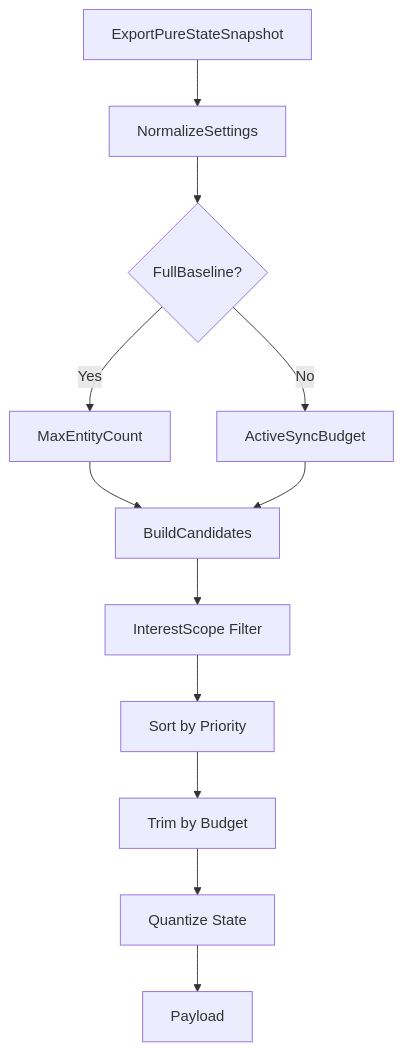
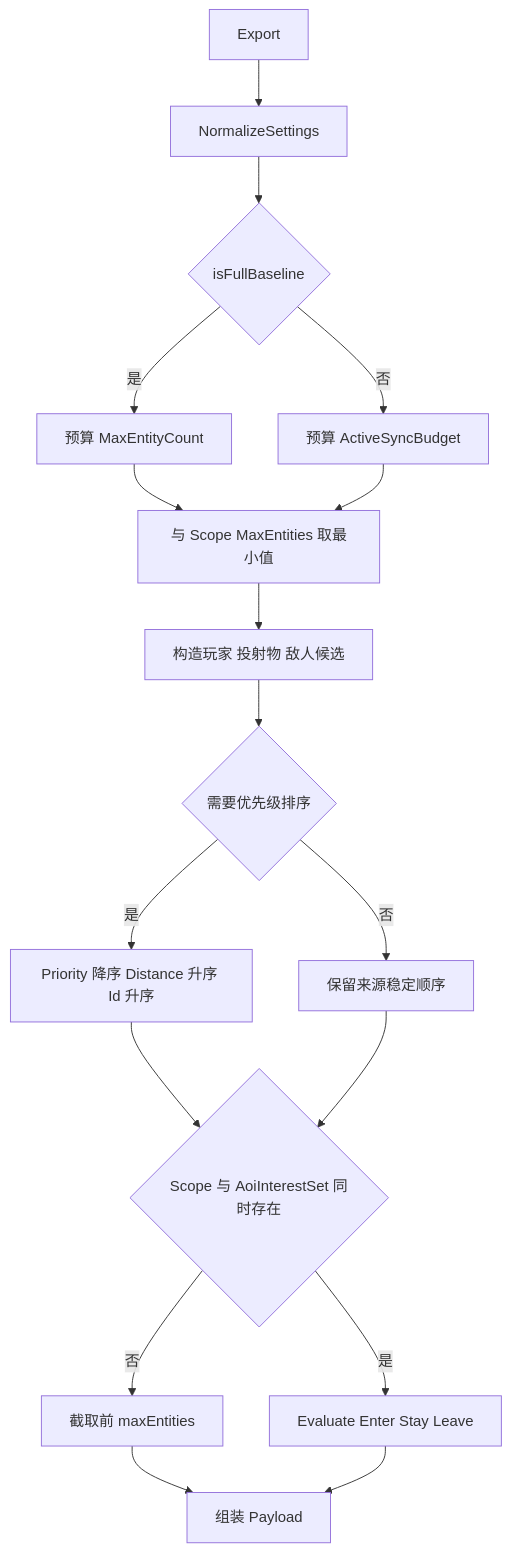
Before and after one commit to Kurumioi/AbilityKit: the second of 5 diagrams in Docs/design/09-ImplementationExamples/Shooter/06-PureStateBudgetAndInterest.md, drawn with Mermaid. The commit also changed other lines of this file and 118 other files, not shown here.

````diff
--- a/Docs/design/09-ImplementationExamples/Shooter/06-PureStateBudgetAndInterest.md
+++ b/Docs/design/09-ImplementationExamples/Shooter/06-PureStateBudgetAndInterest.md
@@ -29,14 +79,19 @@
 ```mermaid
 flowchart TD
-    A[ExportPureStateSnapshot] --> B[NormalizeSettings]
-    B --> C{FullBaseline?}
-    C -->|Yes| D[MaxEntityCount]
-    C -->|No| E[ActiveSyncBudget]
-    D --> F[BuildCandidates]
+    A[Export] --> B[NormalizeSettings]
+    B --> C{isFullBaseline}
+    C -->|是| D[预算 MaxEntityCount]
+    C -->|否| E[预算 ActiveSyncBudget]
+    D --> F[与 Scope MaxEntities 取最小值]
     E --> F
-    F --> G[InterestScope Filter]
-    G --> H[Sort by Priority]
-    H --> I[Trim by Budget]
-    I --> J[Quantize State]
-    J --> K[Payload]
+    F --> G[构造玩家 投射物 敌人候选]
+    G --> H{需要优先级排序}
+    H -->|是| I[Priority 降序 Distance 升序 Id 升序]
+    H -->|否| J[保留来源稳定顺序]
+    I --> K{Scope 与 AoiInterestSet 同时存在}
+    J --> K
+    K -->|否| L[截取前 maxEntities]
+    K -->|是| M[Evaluate Enter Stay Leave]
+    L --> N[组装 Payload]
+    M --> N
 ```
````
